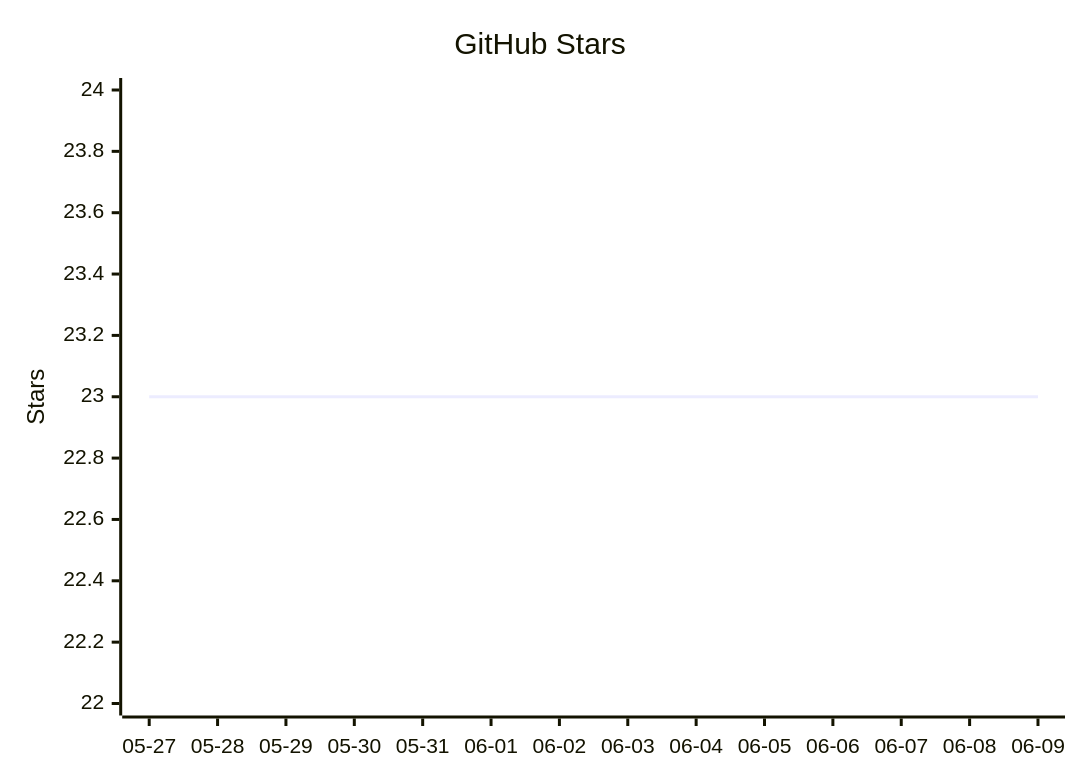
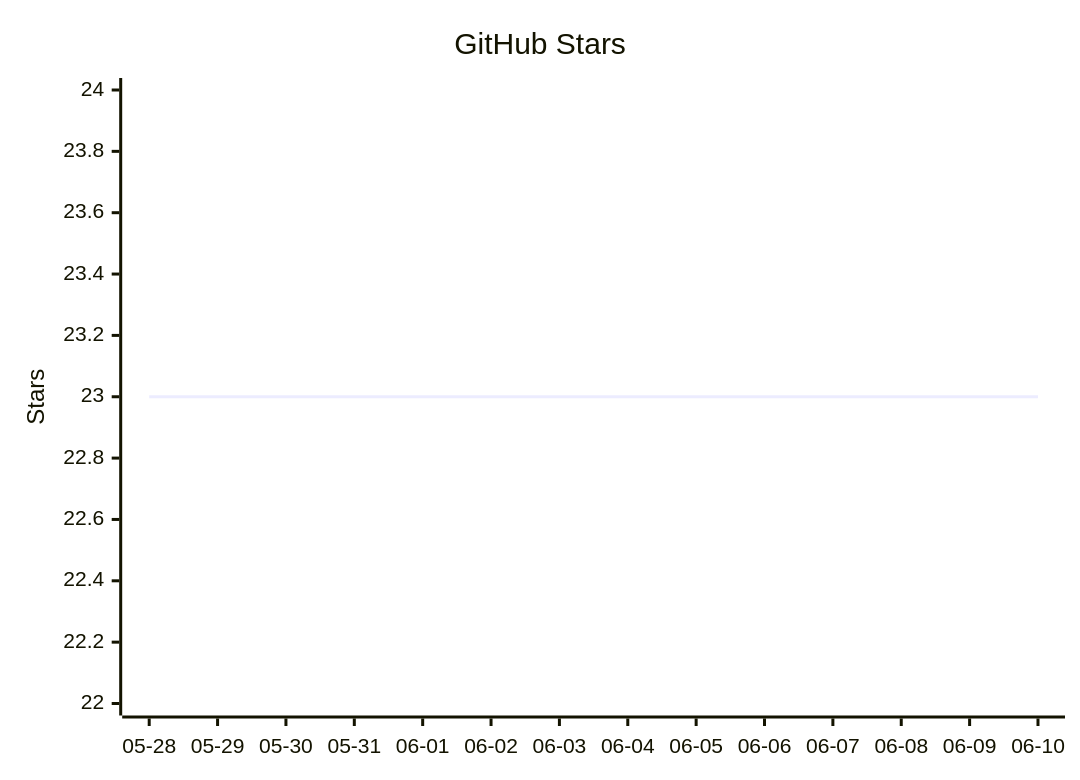
The diagram in README.mbt.md (vectie/moonclaw), drawn with Mermaid before and after one commit. The commit also changed other lines of this file and 1 other file, not shown here.

Commit message:
Update README star growth

````diff
--- a/README.mbt.md
+++ b/README.mbt.md
@@ -490,7 +490,7 @@
 ```mermaid
 xychart-beta
     title "GitHub Stars"
-    x-axis ["05-27","05-28","05-29","05-30","05-31","06-01","06-02","06-03","06-04","06-05","06-06","06-07","06-08","06-09"]
+    x-axis ["05-28","05-29","05-30","05-31","06-01","06-02","06-03","06-04","06-05","06-06","06-07","06-08","06-09","06-10"]
     y-axis "Stars" 22 --> 24
     line [23,23,23,23,23,23,23,23,23,23,23,23,23,23]
 ```
````
